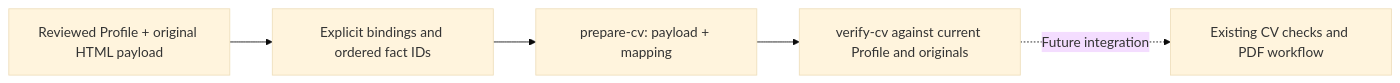
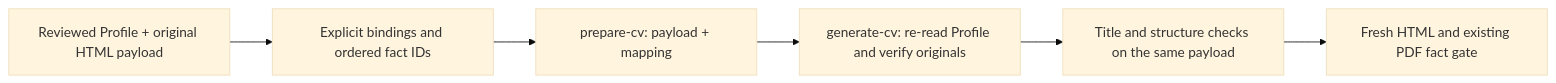
The diagram in modes/master-profile.md (Ceteris90/my_career_ops), drawn with Mermaid (base theme) before and after one commit. The commit also changed other lines of this file and 7 other files, not shown here.

Commit message:
feat(profile): generate checked PDFs from prepared fact selections

````diff
--- a/modes/master-profile.md
+++ b/modes/master-profile.md
@@ -36,7 +36,8 @@
 ```mermaid
 flowchart LR
   A[Reviewed Profile + original HTML payload] --> B[Explicit bindings and ordered fact IDs]
   B --> C[prepare-cv: payload + mapping]
-  C --> D[verify-cv against current Profile and originals]
-  D -. Future integration .-> E[Existing CV checks and PDF workflow]
+  C --> D[generate-cv: re-read Profile and verify originals]
+  D --> E[Title and structure checks on the same payload]
+  E --> F[Fresh HTML and existing PDF fact gate]
 ```
````
